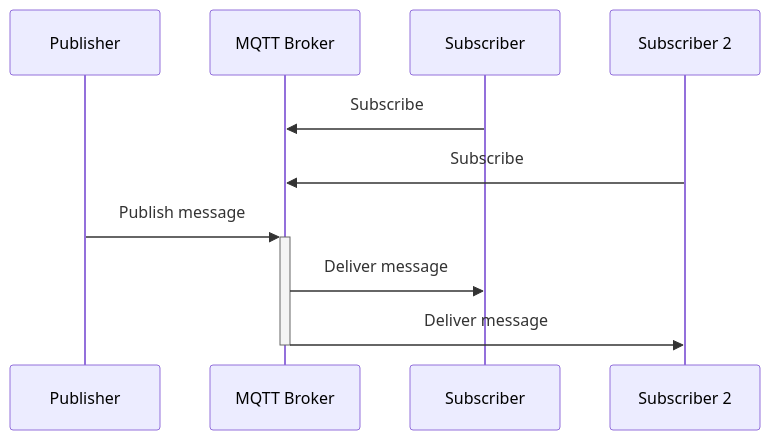
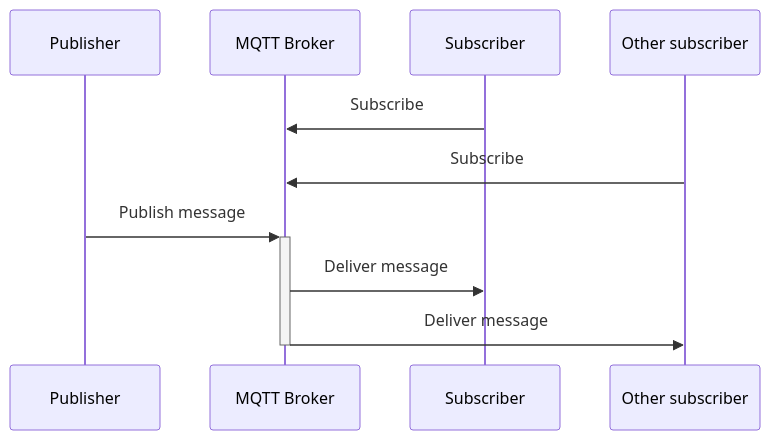
One commit to xiduzo/presentation-mqtt changed the first of 2 diagrams in slides.md. Above: the diagram before and after it, drawn with Mermaid. The commit also changed other lines of this file and 13 other files, not shown here.

````diff
--- a/slides.md
+++ b/slides.md
@@ -46,13 +45,13 @@
 ```mermaid
 sequenceDiagram
   participant Publisher
   participant MQTT Broker
   participant Subscriber
-  participant Subscriber 2
+  participant Other subscriber
 
   Subscriber->>MQTT Broker: Subscribe
-  Subscriber 2->>MQTT Broker: Subscribe
+  Other subscriber->>MQTT Broker: Subscribe
   Publisher->>+MQTT Broker: Publish message
   MQTT Broker->>Subscriber: Deliver message
-  MQTT Broker->>-Subscriber 2: Deliver message
+  MQTT Broker->>-Other subscriber: Deliver message
 ```
````
